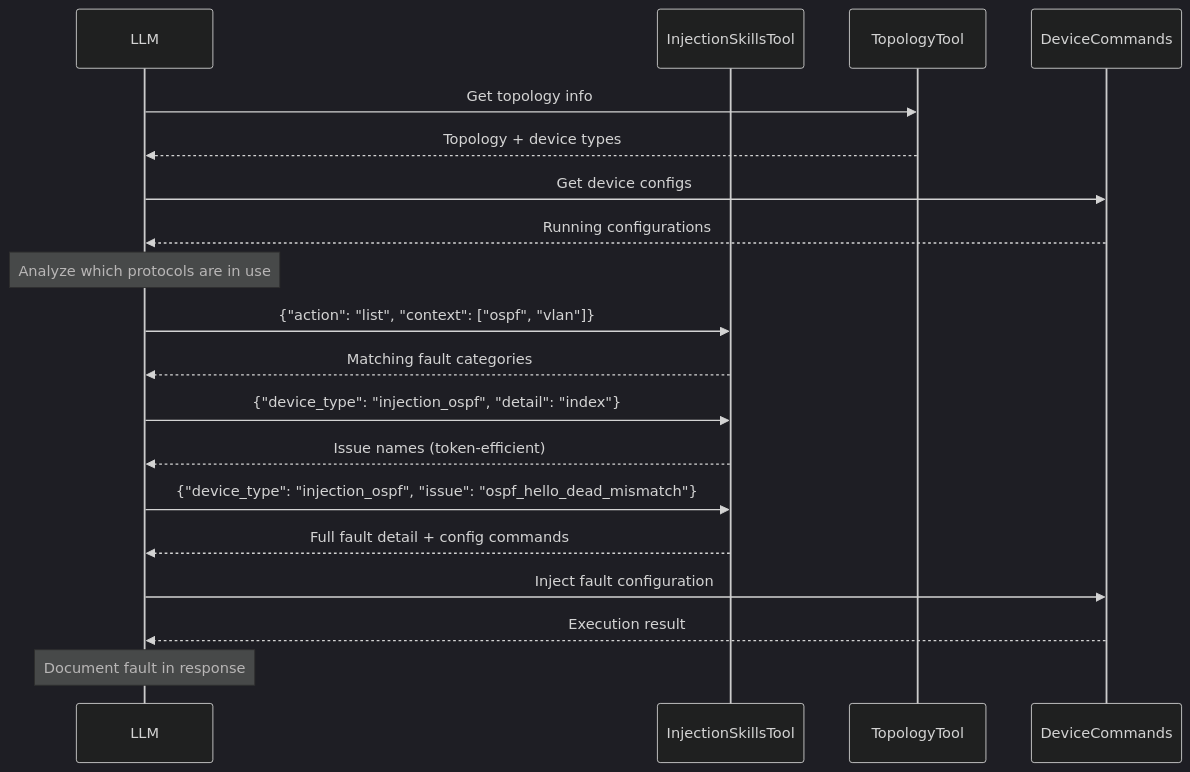
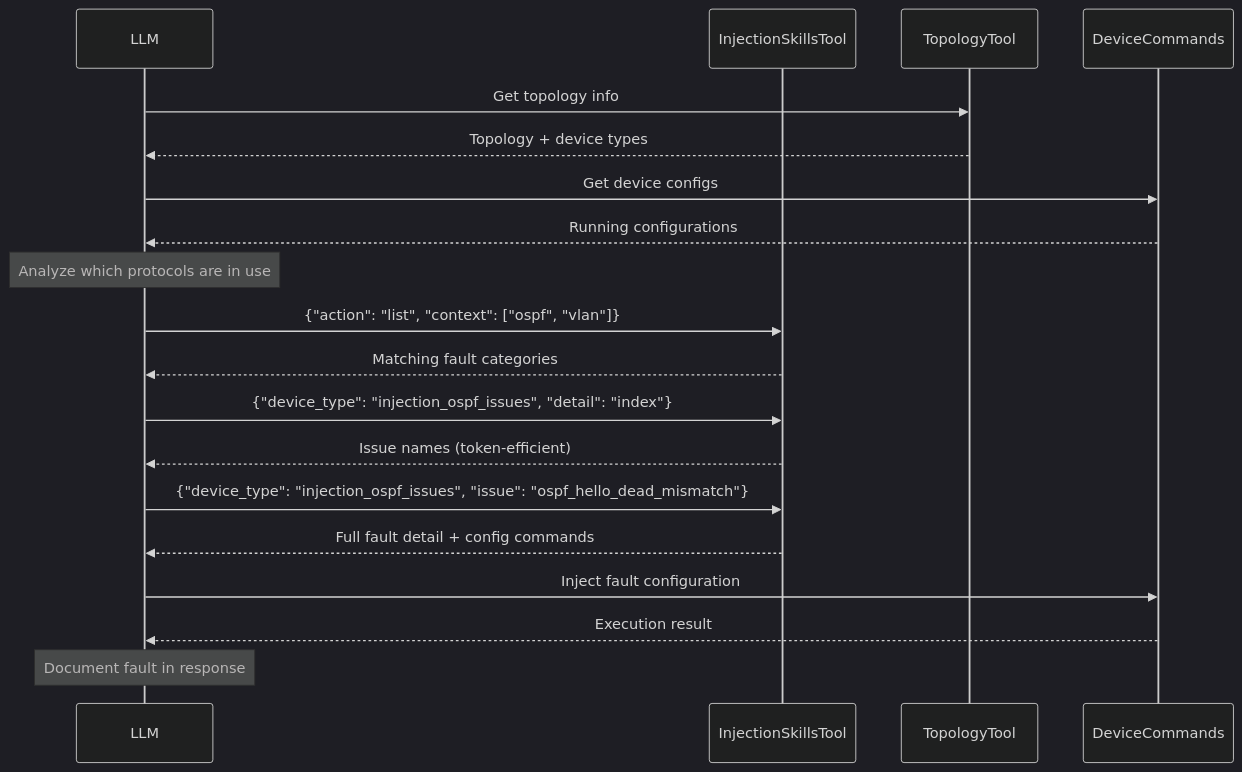
One commit to GNS3/gns3-server changed the second of 2 diagrams in docs/gns3-copilot/implemented/fault-injection.md. Above: the diagram before and after it, drawn with Mermaid (dark theme). The commit also changed other lines of this file and 8 other files, not shown here.

First line of the commit message:
feat(mcp): injection_skill_get — expose fault-injection skills to MCP

````diff
--- a/docs/gns3-copilot/implemented/fault-injection.md
+++ b/docs/gns3-copilot/implemented/fault-injection.md
@@ -92,29 +92,29 @@
 ```mermaid
 sequenceDiagram
     participant LLM
     participant InjectionSkillsTool
     participant TopologyTool
     participant DeviceCommands
 
     LLM->>TopologyTool: Get topology info
     TopologyTool-->>LLM: Topology + device types
 
     LLM->>DeviceCommands: Get device configs
     DeviceCommands-->>LLM: Running configurations
 
     Note over LLM: Analyze which protocols are in use
 
     LLM->>InjectionSkillsTool: {"action": "list", "context": ["ospf", "vlan"]}
     InjectionSkillsTool-->>LLM: Matching fault categories
 
-    LLM->>InjectionSkillsTool: {"device_type": "injection_ospf", "detail": "index"}
+    LLM->>InjectionSkillsTool: {"device_type": "injection_ospf_issues", "detail": "index"}
     InjectionSkillsTool-->>LLM: Issue names (token-efficient)
 
-    LLM->>InjectionSkillsTool: {"device_type": "injection_ospf", "issue": "ospf_hello_dead_mismatch"}
+    LLM->>InjectionSkillsTool: {"device_type": "injection_ospf_issues", "issue": "ospf_hello_dead_mismatch"}
     InjectionSkillsTool-->>LLM: Full fault detail + config commands
 
     LLM->>DeviceCommands: Inject fault configuration
     DeviceCommands-->>LLM: Execution result
 
     Note over LLM: Document fault in response
 ```
````
